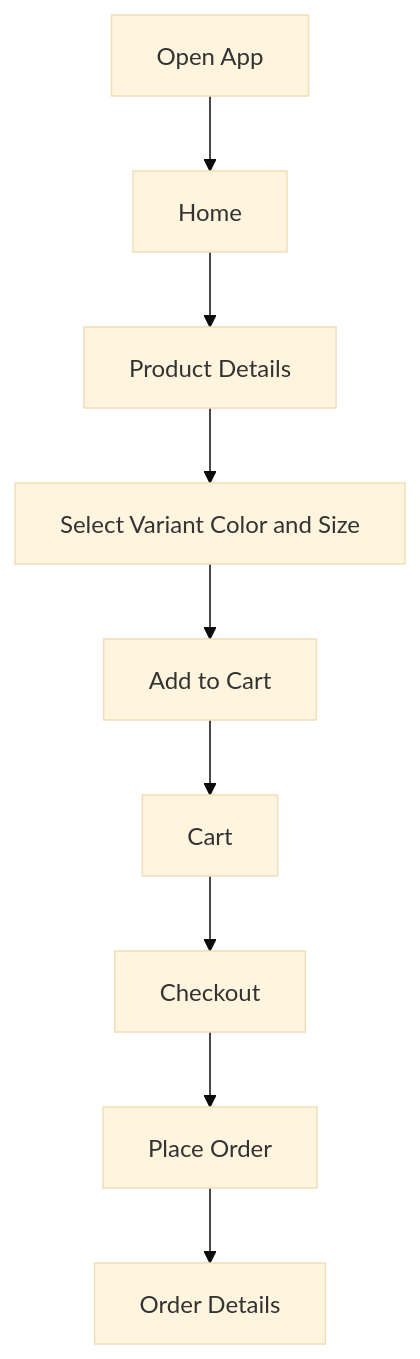
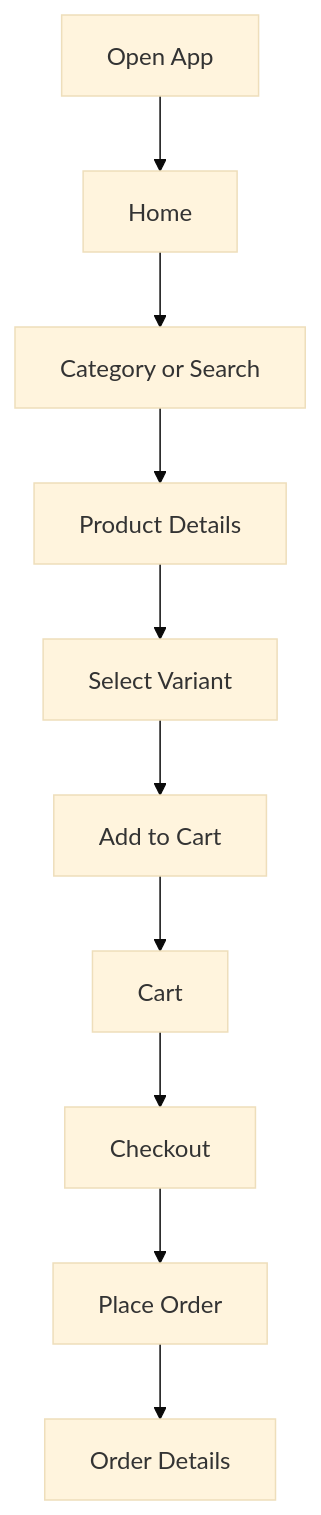
Before and after one commit to royalpandit/Oui-User: the third of 7 diagrams in README.md, drawn with Mermaid (base theme). The commit also changed other lines of this file, not shown here.

````diff
--- a/README.md
+++ b/README.md
@@ -119,11 +93,12 @@
 ```mermaid
 flowchart TD
-	A[Open App] --> B[Home]
-	B --> C[Product Details]
-	C --> D[Select Variant Color and Size]
-	D --> E[Add to Cart]
-	E --> F[Cart]
-	F --> G[Checkout]
-	G --> H[Place Order]
-	H --> I[Order Details]
+		A[Open App] --> B[Home]
+		B --> C[Category or Search]
+		C --> D[Product Details]
+		D --> E[Select Variant]
+		E --> F[Add to Cart]
+		F --> G[Cart]
+		G --> H[Checkout]
+		H --> I[Place Order]
+		I --> J[Order Details]
 ```
````
